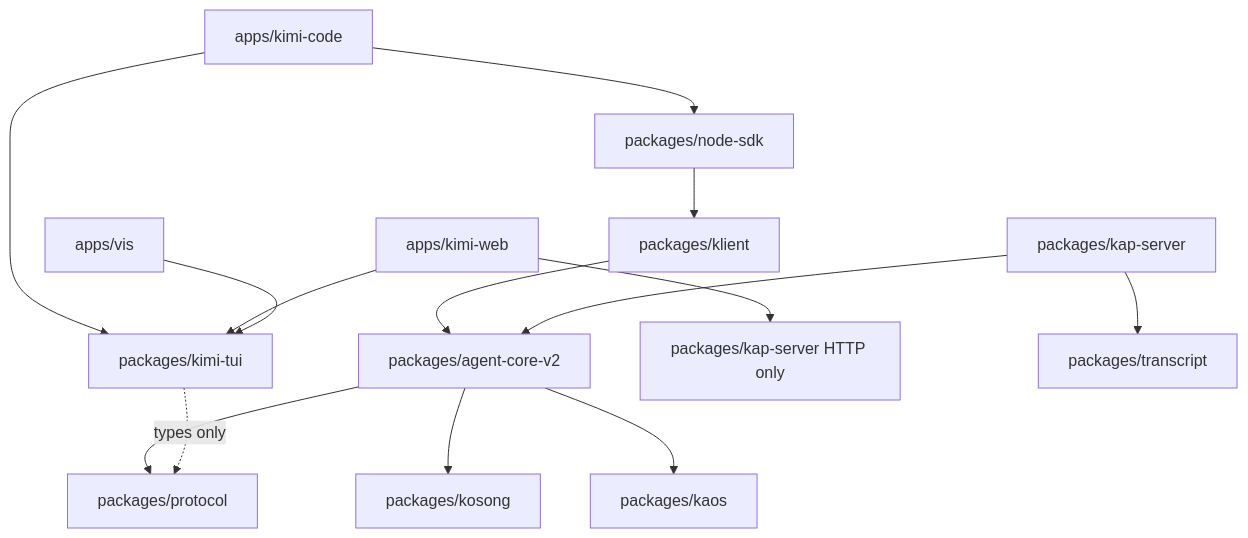
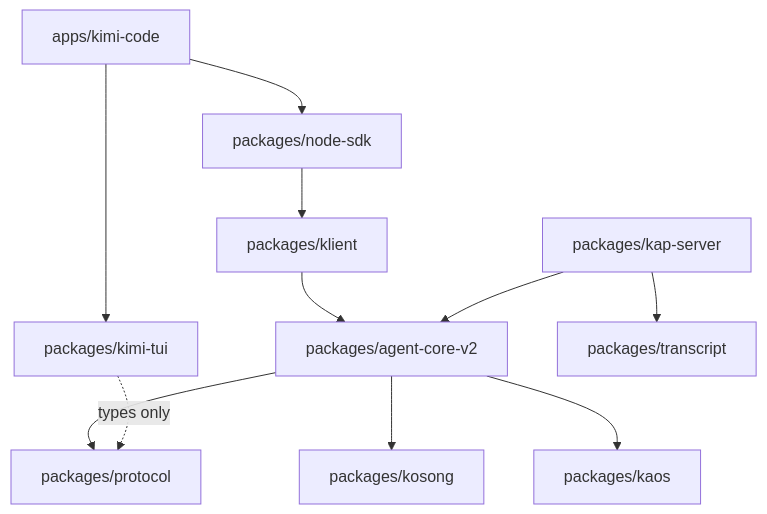
One commit to xsyetopz/kimi-code changed the diagram in ARCHITECTURE.md. Above: the diagram before and after it, drawn with Mermaid. The commit also changed other lines of this file and 569 other files, not shown here.

First line of the commit message:
chore: remove web, vis, and inspect apps for CLI-TUI-only harness

````diff
--- a/ARCHITECTURE.md
+++ b/ARCHITECTURE.md
@@ -87,16 +84,13 @@
 ```mermaid
 flowchart TB
   CODE[apps/kimi-code] --> KIT[packages/kimi-tui]
-  WEB[apps/kimi-web] --> KIT
-  VIS[apps/vis] --> KIT
   CODE --> SDK[packages/node-sdk]
   SDK --> KL[packages/klient]
   KL --> CORE[packages/agent-core-v2]
-  WEB --> API[packages/kap-server HTTP only]
   KAP[packages/kap-server] --> CORE
   KAP --> TR[packages/transcript]
   CORE --> KO[packages/kosong]
   CORE --> KA[packages/kaos]
   CORE --> PROTO[packages/protocol]
   KIT -.->|types only| PROTO
 ```
````
